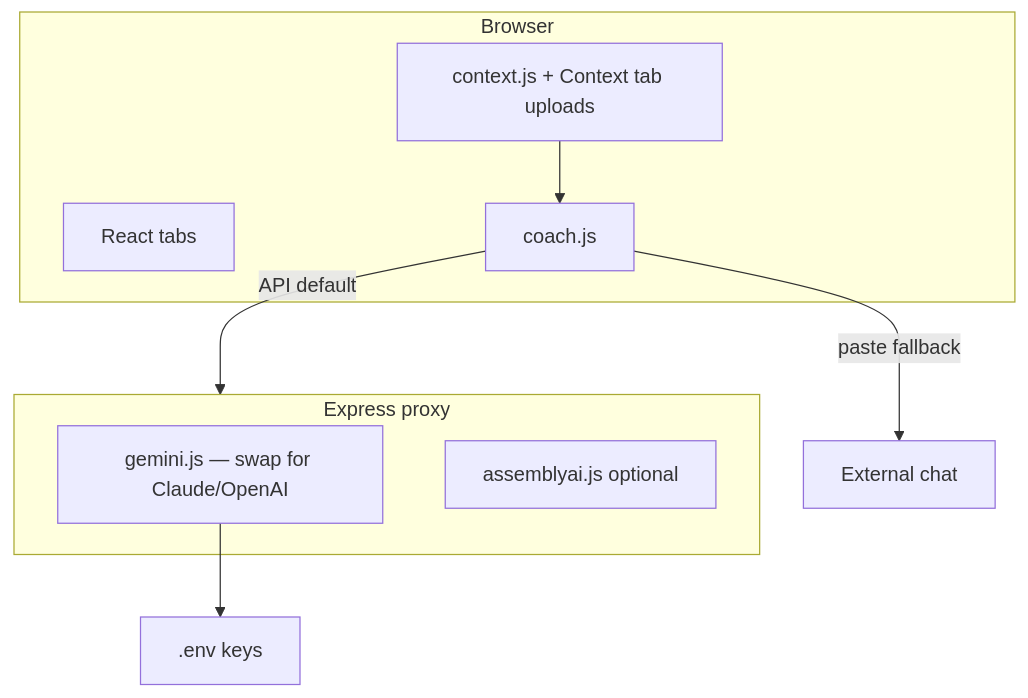
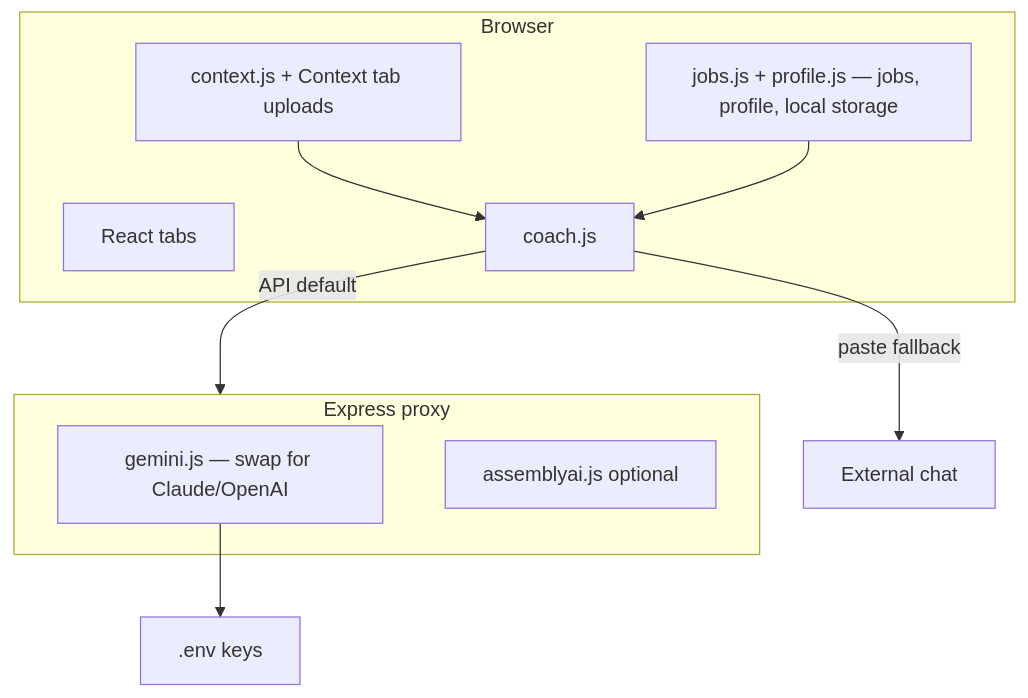
The diagram in README.md (badro98/interview-prep-kit), drawn with Mermaid before and after one commit. The commit also changed other lines of this file and 3 other files, not shown here.

````diff
--- a/README.md
+++ b/README.md
@@ -141,18 +161,20 @@
 ```mermaid
 flowchart TB
   subgraph browser [Browser]
     UI[React tabs]
     Coach[coach.js]
     Ctx[context.js + Context tab uploads]
+    Jobs[jobs.js + profile.js — jobs, profile, local storage]
   end
 
   subgraph server [Express proxy]
     LLM[gemini.js — swap for Claude/OpenAI]
     AAI[assemblyai.js optional]
   end
 
   Ctx --> Coach
+  Jobs --> Coach
   Coach -->|API default| server
   Coach -->|paste fallback| ExtLLM[External chat]
   LLM --> Env[".env keys"]
 ```
````
